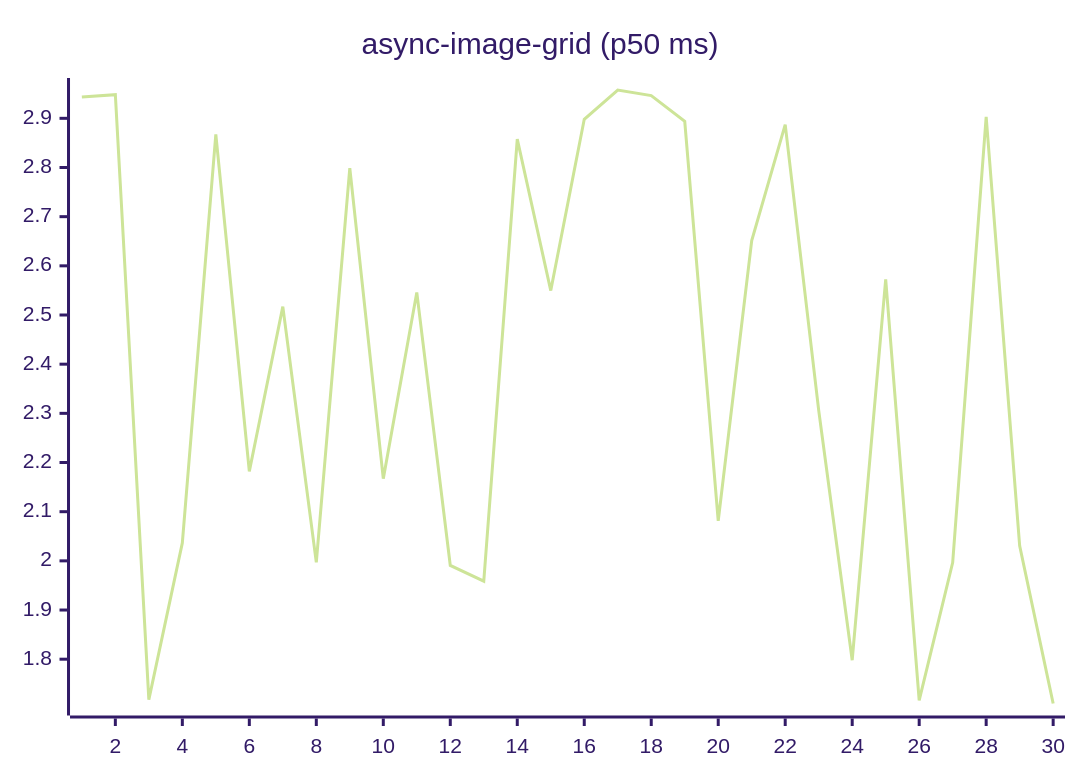
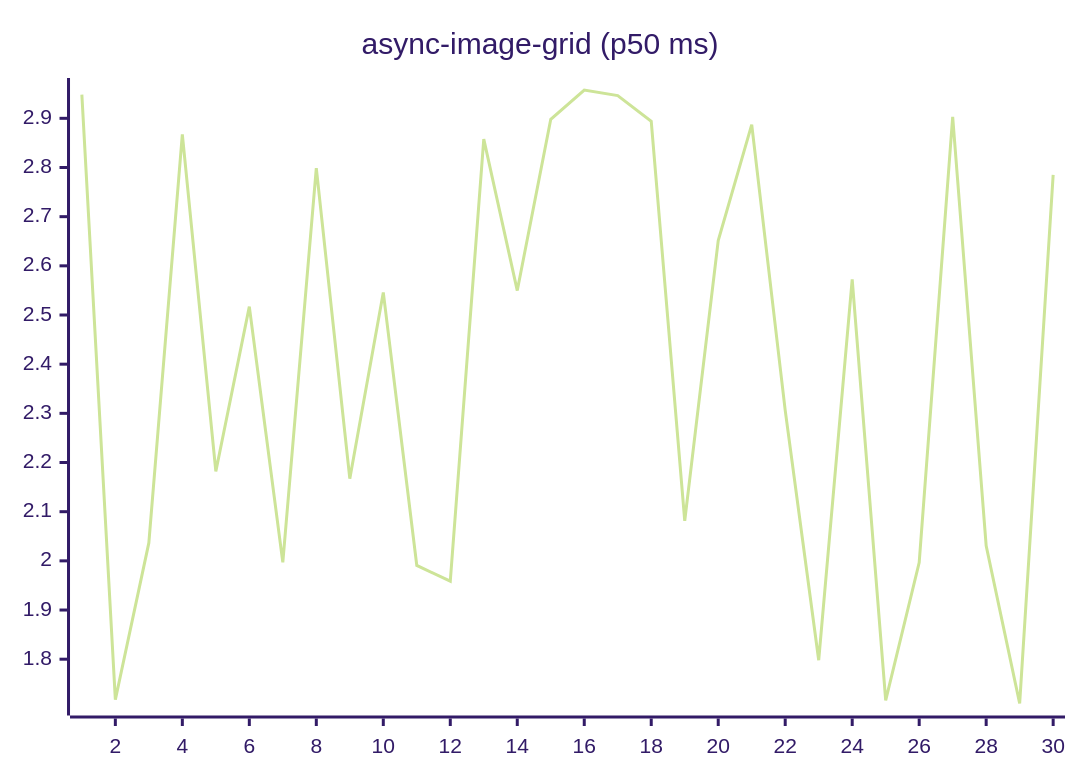
The fifth of 27 diagrams in README.md (josha/Facet), drawn with Mermaid (forest theme) before and after one commit. The commit also changed other lines of this file and 2 other files, not shown here.

````diff
--- a/README.md
+++ b/README.md
@@ -91,6 +91,6 @@
 ```mermaid
 xychart-beta
     title "async-image-grid (p50 ms)"
     x-axis 1 --> 30
-    line [2.9433, 2.9481, 1.7177, 2.0365, 2.8674, 2.1819, 2.5171, 1.9970, 2.7988, 2.1671, 2.5459, 1.9906, 1.9586, 2.8577, 2.5497, 2.8980, 2.9576, 2.9463, 2.8940, 2.0815, 2.6515, 2.8871, 2.3060, 1.7979, 2.5726, 1.7163, 1.9964, 2.9032, 2.0307, 1.7099]
+    line [2.9481, 1.7177, 2.0365, 2.8674, 2.1819, 2.5171, 1.9970, 2.7988, 2.1671, 2.5459, 1.9906, 1.9586, 2.8577, 2.5497, 2.8980, 2.9576, 2.9463, 2.8940, 2.0815, 2.6515, 2.8871, 2.3060, 1.7979, 2.5726, 1.7163, 1.9964, 2.9032, 2.0307, 1.7099, 2.7848]
 ```
````
